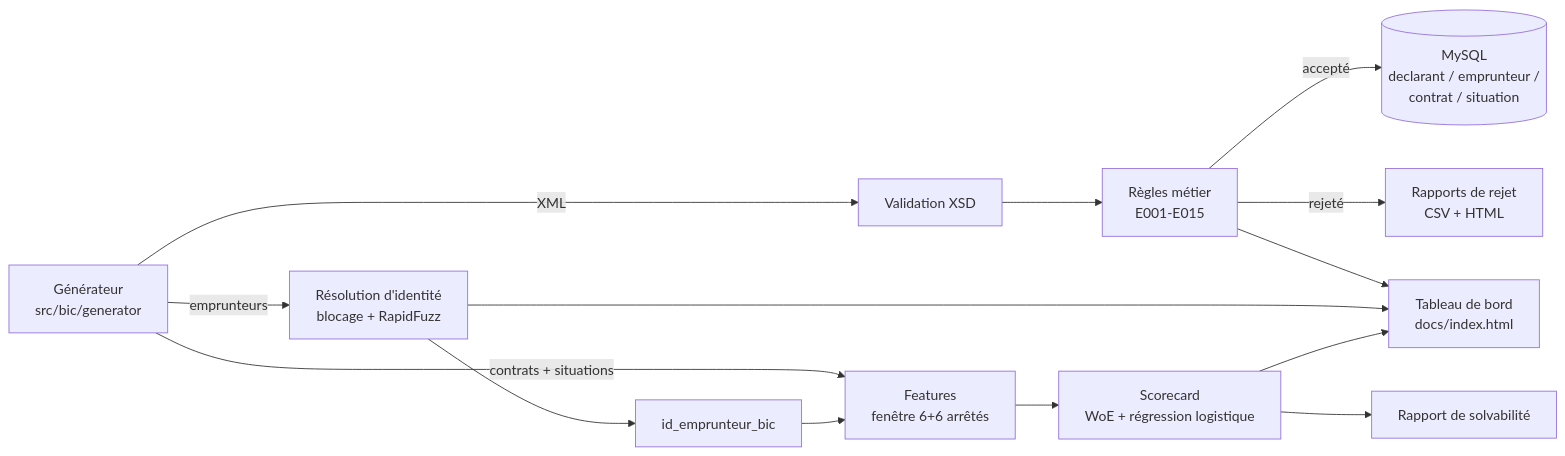
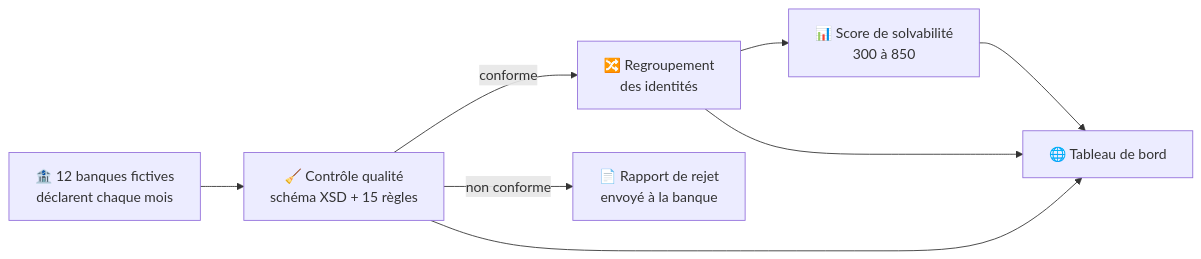
The diagram in README.md (blakro/uemoa-credit-bureau-pipeline), drawn with Mermaid before and after one commit. The commit also changed other lines of this file and 13 other files, not shown here.

````diff
--- a/README.md
+++ b/README.md
@@ -36,16 +49,10 @@
 ```mermaid
 flowchart LR
-    GEN["Générateur<br/>src/bic/generator"] -->|XML| XSD["Validation XSD"]
-    XSD --> RULES["Règles métier<br/>E001-E015"]
-    RULES -->|accepté| DB[("MySQL<br/>declarant / emprunteur /<br/>contrat / situation")]
-    RULES -->|rejeté| REJ["Rapports de rejet<br/>CSV + HTML"]
-    GEN -->|emprunteurs| ID["Résolution d'identité<br/>blocage + RapidFuzz"]
-    ID --> BIC["id_emprunteur_bic"]
-    GEN -->|contrats + situations| FEAT["Features<br/>fenêtre 6+6 arrêtés"]
-    BIC --> FEAT
-    FEAT --> SCORE["Scorecard<br/>WoE + régression logistique"]
-    SCORE --> SOLV["Rapport de solvabilité"]
-    RULES --> DASH["Tableau de bord<br/>docs/index.html"]
-    ID --> DASH
-    SCORE --> DASH
+    A["🏦 12 banques fictives<br/>déclarent chaque mois"] --> B["🧹 Contrôle qualité<br/>schéma XSD + 15 règles"]
+    B -->|conforme| C["🔀 Regroupement<br/>des identités"]
+    B -->|non conforme| R["📄 Rapport de rejet<br/>envoyé à la banque"]
+    C --> D["📊 Score de solvabilité<br/>300 à 850"]
+    D --> E["🌐 Tableau de bord"]
+    B --> E
+    C --> E
 ```
````
